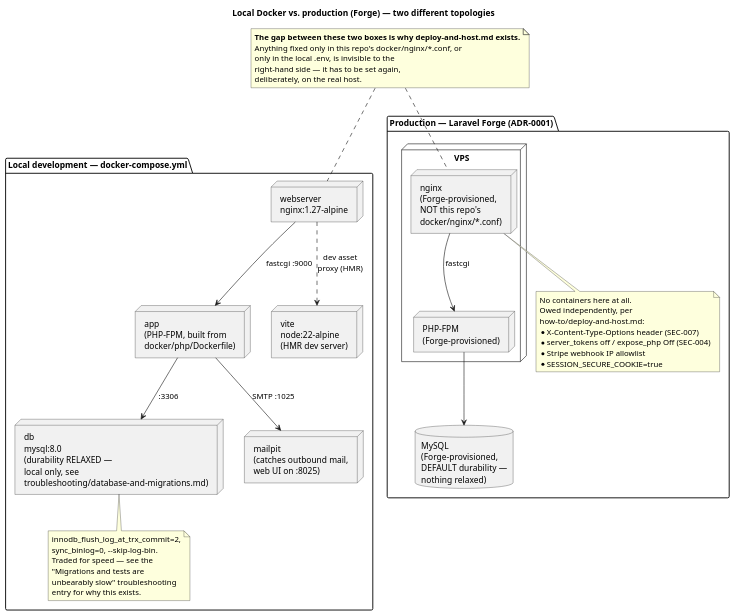
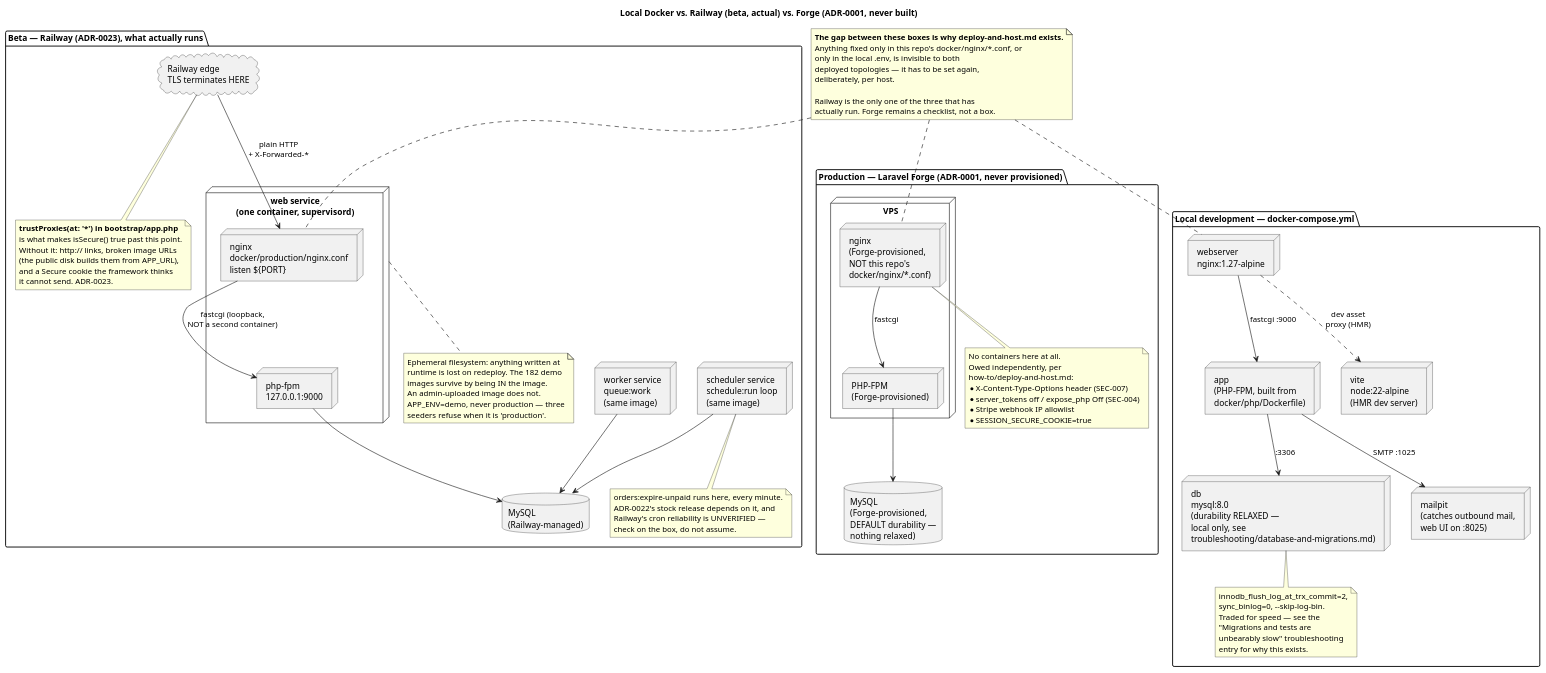
Before and after one commit to StefanMarinkov05/Amazoff-PHP: the diagram in docs/reference/diagrams/deployment/deployment.puml, drawn with PlantUML. The commit also changed 14 other files, not shown here.

```diff
--- a/docs/reference/diagrams/deployment/deployment.puml
+++ b/docs/reference/diagrams/deployment/deployment.puml
@@ -1,66 +1,120 @@
 @startuml deployment
 
-' Two topologies for the same app. Verified against docker-compose.yml and
-' how-to/deploy-and-host.md on 2026-09-07. The gap between them is the whole
-' point of deploy-and-host.md's checklist — anything fixed only in
-' docker/nginx/*.conf never reaches the right side of this picture.
+' Three topologies for the same app. Verified against docker-compose.yml,
+' the root Dockerfile, docker/production/, and how-to/deploy-and-host.md.
+' Local + Forge verified 2026-09-07; Railway added 2026-09-12 (ADR-0023).
+' The gap between them is the whole point of deploy-and-host.md's checklist —
+' anything fixed only in docker/nginx/*.conf reaches NEITHER deployed box.
+'
+' NOTE: the .svg/.pdf beside this file were rendered before the Railway
+' package was added and are therefore STALE. Regenerate with the commands in
+' docs/reference/diagrams/README.md — there is no render script in this repo
+' and nothing regenerates them automatically.
 
-title Local Docker vs. production (Forge) — two different topologies
+title Local Docker vs. Railway (beta, actual) vs. Forge (ADR-0001, never built)
 
 package "Local development — docker-compose.yml" {
   node "webserver\nnginx:1.27-alpine" as LocalNginx
   node "app\n(PHP-FPM, built from\ndocker/php/Dockerfile)" as LocalApp
   node "db\nmysql:8.0\n(durability RELAXED —\nlocal only, see\ntroubleshooting/database-and-migrations.md)" as LocalDB
   node "vite\nnode:22-alpine\n(HMR dev server)" as LocalVite
   node "mailpit\n(catches outbound mail,\nweb UI on :8025)" as LocalMail
 
   LocalNginx --> LocalApp : fastcgi :9000
   LocalApp --> LocalDB : :3306
   LocalApp --> LocalMail : SMTP :1025
   LocalNginx ..> LocalVite : dev asset\nproxy (HMR)
 
   note bottom of LocalDB
     innodb_flush_log_at_trx_commit=2,
     sync_binlog=0, --skip-log-bin.
     Traded for speed — see the
     "Migrations and tests are
     unbearably slow" troubleshooting
     entry for why this exists.
   end note
 }
 
-package "Production — Laravel Forge (ADR-0001)" {
+package "Beta — Railway (ADR-0023), what actually runs" {
+  node "web service\n(one container, supervisord)" as RailwayWeb {
+    node "nginx\ndocker/production/nginx.conf\nlisten ${PORT}" as RailwayNginx
+    node "php-fpm\n127.0.0.1:9000" as RailwayFpm
+  }
+  node "worker service\nqueue:work\n(same image)" as RailwayWorker
+  node "scheduler service\nschedule:run loop\n(same image)" as RailwayCron
+  database "MySQL\n(Railway-managed)" as RailwayDB
+
+  cloud "Railway edge\nTLS terminates HERE" as RailwayEdge
+
+  RailwayEdge --> RailwayNginx : plain HTTP\n+ X-Forwarded-*
+  RailwayNginx --> RailwayFpm : fastcgi (loopback,\nNOT a second container)
+  RailwayFpm --> RailwayDB
+  RailwayWorker --> RailwayDB
+  RailwayCron --> RailwayDB
+
+  note bottom of RailwayEdge
+    <b>trustProxies(at: '*') in bootstrap/app.php</b>
+    is what makes isSecure() true past this point.
+    Without it: http:// links, broken image URLs
+    (the public disk builds them from APP_URL),
+    and a Secure cookie the framework thinks
+    it cannot send. ADR-0023.
+  end note
+
+  note bottom of RailwayCron
+    orders:expire-unpaid runs here, every minute.
+    ADR-0022's stock release depends on it, and
+    Railway's cron reliability is UNVERIFIED —
+    check on the box, do not assume.
+  end note
+
+  note bottom of RailwayWeb
+    Ephemeral filesystem: anything written at
+    runtime is lost on redeploy. The 182 demo
+    images survive by being IN the image.
+    An admin-uploaded image does not.
+    APP_ENV=demo, never production — three
+    seeders refuse when it is 'production'.
+  end note
+}
+
+package "Production — Laravel Forge (ADR-0001, never provisioned)" {
   node "VPS" {
     node "nginx\n(Forge-provisioned,\nNOT this repo's\ndocker/nginx/*.conf)" as ProdNginx
     node "PHP-FPM\n(Forge-provisioned)" as ProdApp
   }
   database "MySQL\n(Forge-provisioned,\nDEFAULT durability —\nnothing relaxed)" as ProdDB
 
   ProdNginx --> ProdApp : fastcgi
   ProdApp --> ProdDB
 
   note bottom of ProdNginx
     No containers here at all.
     Owed independently, per
     how-to/deploy-and-host.md:
     * X-Content-Type-Options header (SEC-007)
     * server_tokens off / expose_php Off (SEC-004)
     * Stripe webhook IP allowlist
     * SESSION_SECURE_COOKIE=true
   end note
 }
 
-LocalNginx -[hidden]right-> ProdNginx
+LocalNginx -[hidden]right-> RailwayNginx
+RailwayNginx -[hidden]right-> ProdNginx
 
 note as Gap
-  <b>The gap between these two boxes is why deploy-and-host.md exists.</b>
+  <b>The gap between these boxes is why deploy-and-host.md exists.</b>
   Anything fixed only in this repo's docker/nginx/*.conf, or
-  only in the local .env, is invisible to the
-  right-hand side — it has to be set again,
-  deliberately, on the real host.
+  only in the local .env, is invisible to both
+  deployed topologies — it has to be set again,
+  deliberately, per host.
+
+  Railway is the only one of the three that has
+  actually run. Forge remains a checklist, not a box.
 end note
 
 Gap .. LocalNginx
+Gap .. RailwayNginx
 Gap .. ProdNginx
 
 @enduml
```
